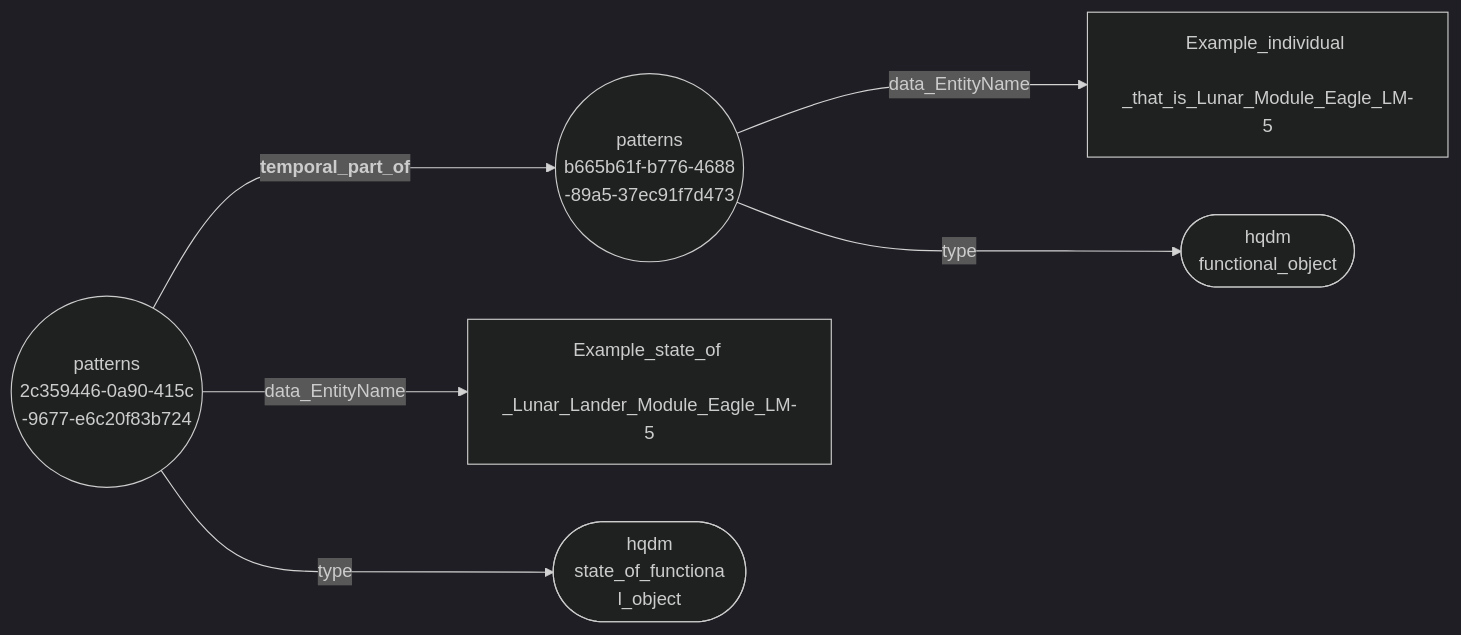
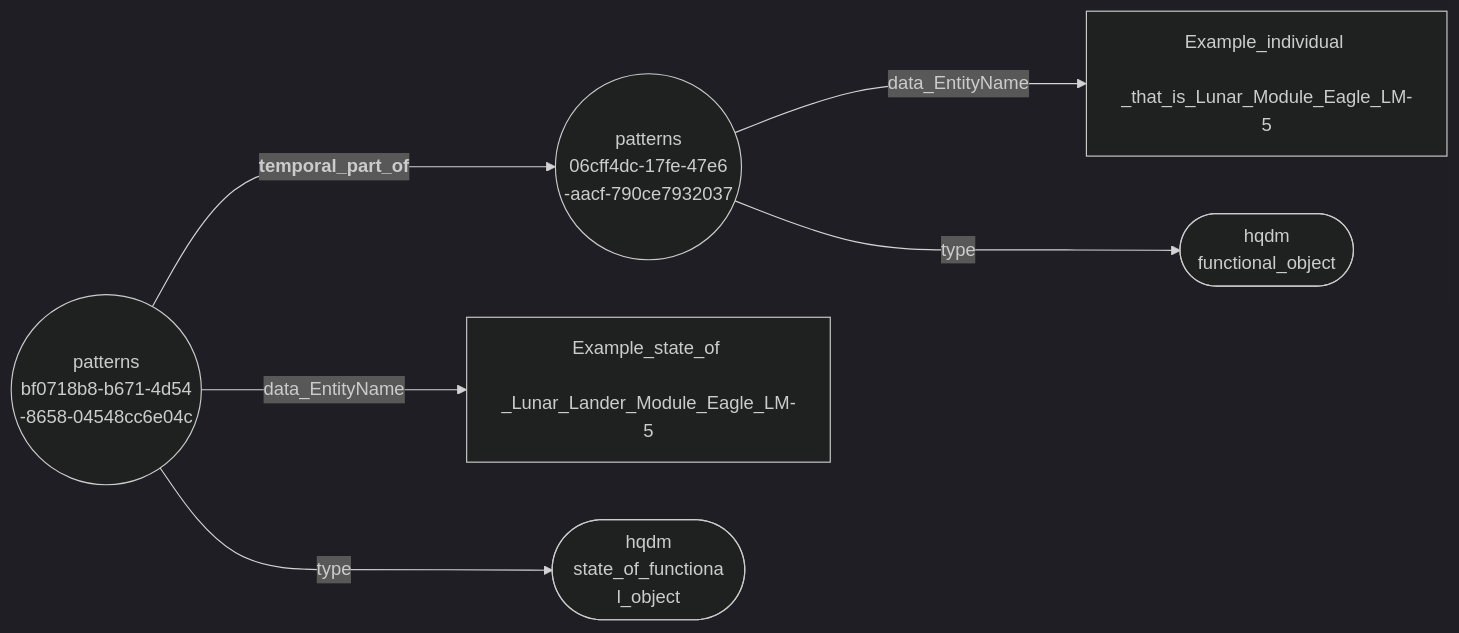
The diagram in docs/extras/example-files/temporalPartOfNodeEdgeGraph.mermaid (ClimbingAl/HqdmPatterns), drawn with Mermaid (dark theme) before and after one commit. The commit also changed 32 other files, not shown here.

````diff
--- a/docs/extras/example-files/temporalPartOfNodeEdgeGraph.mermaid
+++ b/docs/extras/example-files/temporalPartOfNodeEdgeGraph.mermaid
@@ -1,8 +1,8 @@
 ``` mermaid
 graph LR
-  b665b61f-b776-4688-89a5-37ec91f7d473(("patterns <br> b665b61f-b776-4688 <br> -89a5-37ec91f7d473"))--->|"data_EntityName"|Example_individual_that_is_Lunar_Module_Eagle_LM-5["Example_individual <br> _that_is_Lunar_Module_Eagle_LM-5"];
-  b665b61f-b776-4688-89a5-37ec91f7d473(("patterns <br> b665b61f-b776-4688 <br> -89a5-37ec91f7d473"))--->|"type"|functional_object(["hqdm <br> functional_object"]);
-  2c359446-0a90-415c-9677-e6c20f83b724(("patterns <br> 2c359446-0a90-415c <br> -9677-e6c20f83b724"))--->|"<b> temporal_part_of"|b665b61f-b776-4688-89a5-37ec91f7d473(("patterns <br> b665b61f-b776-4688 <br> -89a5-37ec91f7d473"));
-  2c359446-0a90-415c-9677-e6c20f83b724(("patterns <br> 2c359446-0a90-415c <br> -9677-e6c20f83b724"))--->|"data_EntityName"|Example_state_of_Lunar_Lander_Module_Eagle_LM-5["Example_state_of <br> _Lunar_Lander_Module_Eagle_LM-5"];
-  2c359446-0a90-415c-9677-e6c20f83b724(("patterns <br> 2c359446-0a90-415c <br> -9677-e6c20f83b724"))--->|"type"|state_of_functional_object(["hqdm <br> state_of_functiona <br> l_object"]);
+  06cff4dc-17fe-47e6-aacf-790ce7932037(("patterns <br> 06cff4dc-17fe-47e6 <br> -aacf-790ce7932037"))--->|"data_EntityName"|Example_individual_that_is_Lunar_Module_Eagle_LM-5["Example_individual <br> _that_is_Lunar_Module_Eagle_LM-5"];
+  06cff4dc-17fe-47e6-aacf-790ce7932037(("patterns <br> 06cff4dc-17fe-47e6 <br> -aacf-790ce7932037"))--->|"type"|functional_object(["hqdm <br> functional_object"]);
+  bf0718b8-b671-4d54-8658-04548cc6e04c(("patterns <br> bf0718b8-b671-4d54 <br> -8658-04548cc6e04c"))--->|"<b> temporal_part_of"|06cff4dc-17fe-47e6-aacf-790ce7932037(("patterns <br> 06cff4dc-17fe-47e6 <br> -aacf-790ce7932037"));
+  bf0718b8-b671-4d54-8658-04548cc6e04c(("patterns <br> bf0718b8-b671-4d54 <br> -8658-04548cc6e04c"))--->|"data_EntityName"|Example_state_of_Lunar_Lander_Module_Eagle_LM-5["Example_state_of <br> _Lunar_Lander_Module_Eagle_LM-5"];
+  bf0718b8-b671-4d54-8658-04548cc6e04c(("patterns <br> bf0718b8-b671-4d54 <br> -8658-04548cc6e04c"))--->|"type"|state_of_functional_object(["hqdm <br> state_of_functiona <br> l_object"]);
 ```
````
